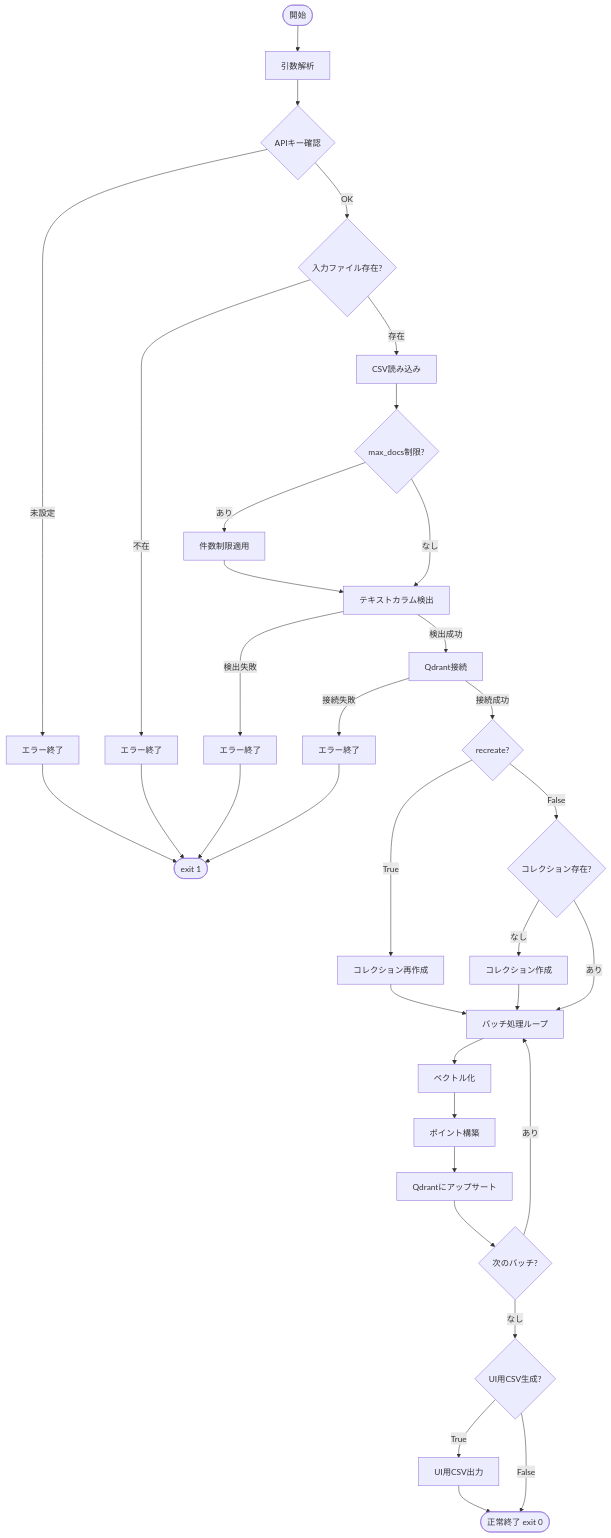
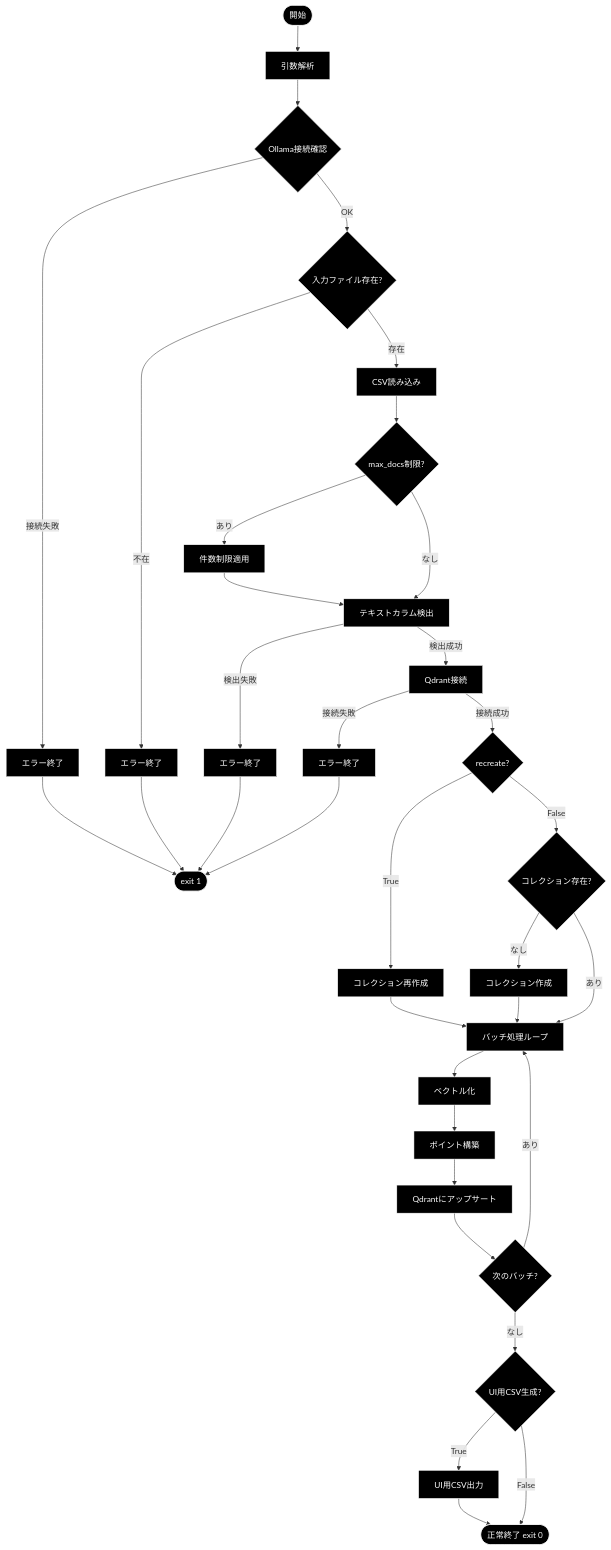
The fourth of 4 diagrams in qa_qdrant/doc/register_to_qdrant.md (nakashima2toshio/ollama_grace_agent_v2), drawn with Mermaid before and after one commit. The commit also changed other lines of this file and 12 other files, not shown here.

````diff
--- a/qa_qdrant/doc/register_to_qdrant.md
+++ b/qa_qdrant/doc/register_to_qdrant.md
@@ -524,46 +544,49 @@
 ```mermaid
 flowchart TD
     START([開始]) --> PARSE[引数解析]
-    PARSE --> CHECK_KEY{APIキー確認}
-    CHECK_KEY -->|未設定| ERROR1[エラー終了]
+    PARSE --> CHECK_KEY{Ollama接続確認}
+    CHECK_KEY -->|接続失敗| ERROR1[エラー終了]
     CHECK_KEY -->|OK| CHECK_FILE{入力ファイル存在?}
 
     CHECK_FILE -->|不在| ERROR2[エラー終了]
     CHECK_FILE -->|存在| READ_CSV[CSV読み込み]
 
     READ_CSV --> LIMIT{max_docs制限?}
     LIMIT -->|あり| APPLY_LIMIT[件数制限適用]
     LIMIT -->|なし| DETECT_COL
     APPLY_LIMIT --> DETECT_COL[テキストカラム検出]
 
     DETECT_COL -->|検出失敗| ERROR3[エラー終了]
     DETECT_COL -->|検出成功| INIT_QDRANT[Qdrant接続]
 
     INIT_QDRANT -->|接続失敗| ERROR4[エラー終了]
     INIT_QDRANT -->|接続成功| PREPARE_COLL{recreate?}
 
     PREPARE_COLL -->|True| RECREATE[コレクション再作成]
     PREPARE_COLL -->|False| CHECK_EXISTS{コレクション存在?}
     CHECK_EXISTS -->|なし| CREATE[コレクション作成]
     CHECK_EXISTS -->|あり| BATCH_LOOP
     RECREATE --> BATCH_LOOP
     CREATE --> BATCH_LOOP
 
     BATCH_LOOP[バッチ処理ループ]
     BATCH_LOOP --> EMBED[ベクトル化]
     EMBED --> BUILD_POINTS[ポイント構築]
     BUILD_POINTS --> UPSERT[Qdrantにアップサート]
     UPSERT --> MORE_BATCH{次のバッチ?}
     MORE_BATCH -->|あり| BATCH_LOOP
     MORE_BATCH -->|なし| UI_CSV{UI用CSV生成?}
 
     UI_CSV -->|True| GEN_CSV[UI用CSV出力]
     UI_CSV -->|False| SUCCESS
     GEN_CSV --> SUCCESS
 
     SUCCESS([正常終了 exit 0])
     ERROR1 --> EXIT1([exit 1])
     ERROR2 --> EXIT1
     ERROR3 --> EXIT1
     ERROR4 --> EXIT1
+classDef default fill:#000,stroke:#fff,color:#fff
+classDef subgraphStyle fill:#1a1a1a,stroke:#fff,color:#fff
+class START,PARSE,CHECK_KEY,ERROR1,CHECK_FILE,ERROR2,READ_CSV,LIMIT,APPLY_LIMIT,DETECT_COL,ERROR3,INIT_QDRANT,ERROR4,PREPARE_COLL,RECREATE,CHECK_EXISTS,CREATE,BATCH_LOOP,EMBED,BUILD_POINTS,UPSERT,MORE_BATCH,UI_CSV,GEN_CSV,SUCCESS,EXIT1 default
 ```
````
